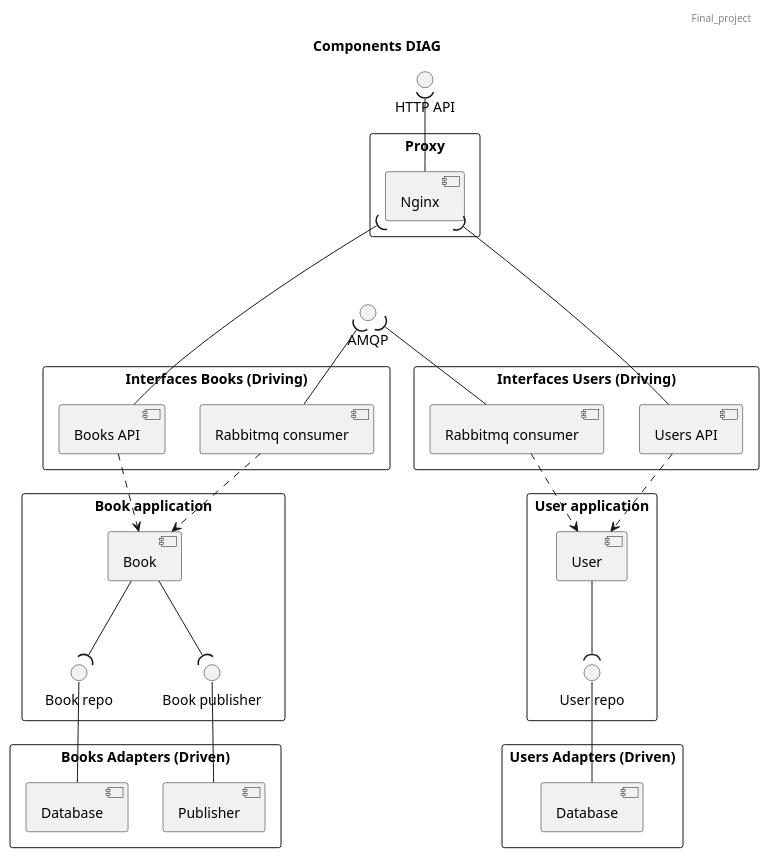
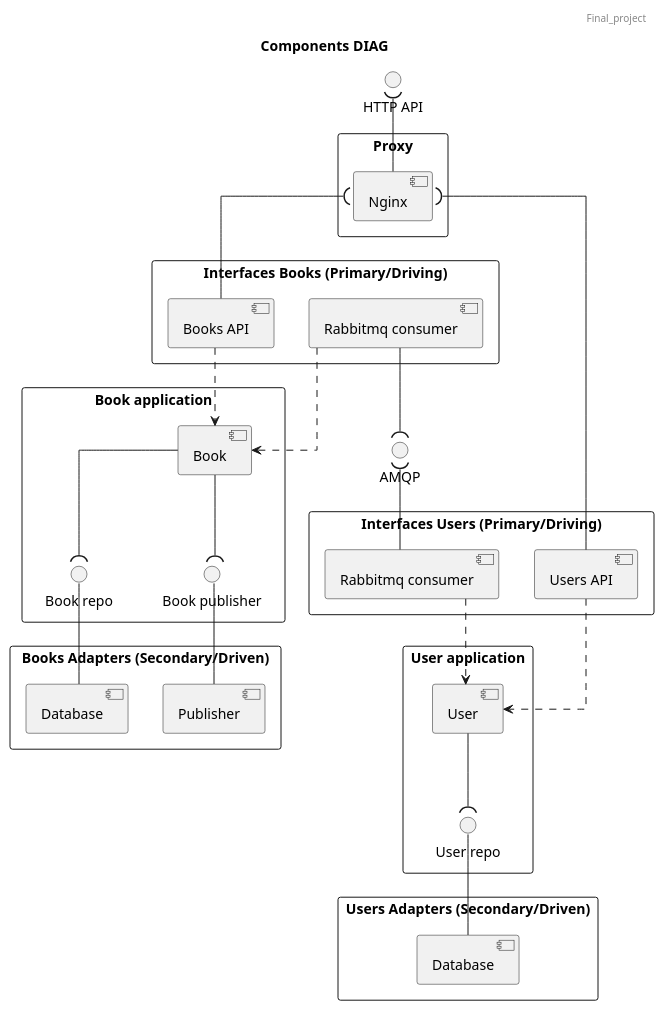
One commit to RewCrew/pet_project_private_library changed the diagram in docs/components.puml. Above: the diagram before and after it, drawn with PlantUML.

Commit message:
fixed components diag

```diff
--- a/docs/components.puml
+++ b/docs/components.puml
@@ -1,63 +1,65 @@
 @startuml
 header  Final_project
 title Components DIAG
+
+skinparam linetype ortho
 
 rectangle "Proxy" {
   [Nginx] as nginx
 }
 
-rectangle "Interfaces Books (Driving)" {
+rectangle "Interfaces Books (Primary/Driving)" {
   [Books API] as books_api
   [Rabbitmq consumer] as rabbitmq_consumer_books
 }
 
 rectangle "Book application" {
   [Book] as book
   interface "Book repo" as book_repo
   interface "Book publisher" as book_publisher
 
 }
 
-rectangle "Books Adapters (Driven)" {
+rectangle "Books Adapters (Secondary/Driven)" {
   [Database] as database_books
   [Publisher] as publisher
 
 }
 
 
 () "AMQP" as amqp
 () "HTTP API" as http_api
 
-rabbitmq_consumer_books -u-( amqp
+rabbitmq_consumer_books -d-( amqp
 nginx -u-( http_api
-books_api -u--( nginx
+books_api -u-( nginx
 books_api ..> book
 rabbitmq_consumer_books ..> book
 book --( book_repo
 book --( book_publisher
 publisher -u- book_publisher
 database_books -u- book_repo
 
 
 
-rectangle "Interfaces Users (Driving)" {
+rectangle "Interfaces Users (Primary/Driving)" {
   [Users API] as users_api
   [Rabbitmq consumer] as rabbitmq_consumer_users
 }
 
 rectangle "User application" {
   [User] as user
   interface "User repo" as user_repo
 }
 
-rectangle "Users Adapters (Driven)" {
+rectangle "Users Adapters (Secondary/Driven)" {
   [Database] as database_user
 
 rabbitmq_consumer_users-u-( amqp
 users_api -u-( nginx
 users_api ..> user
 rabbitmq_consumer_users ..> user
 user --( user_repo
 database_user -u- user_repo
 
 @enduml
```
